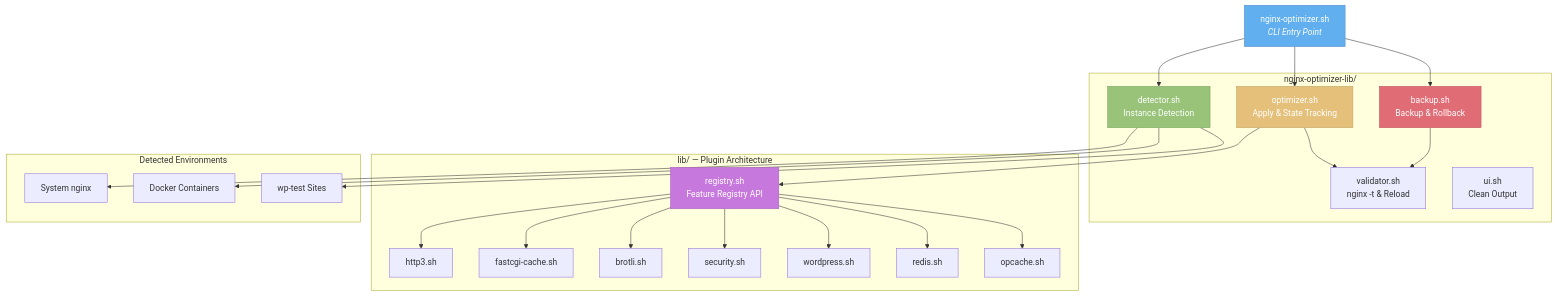
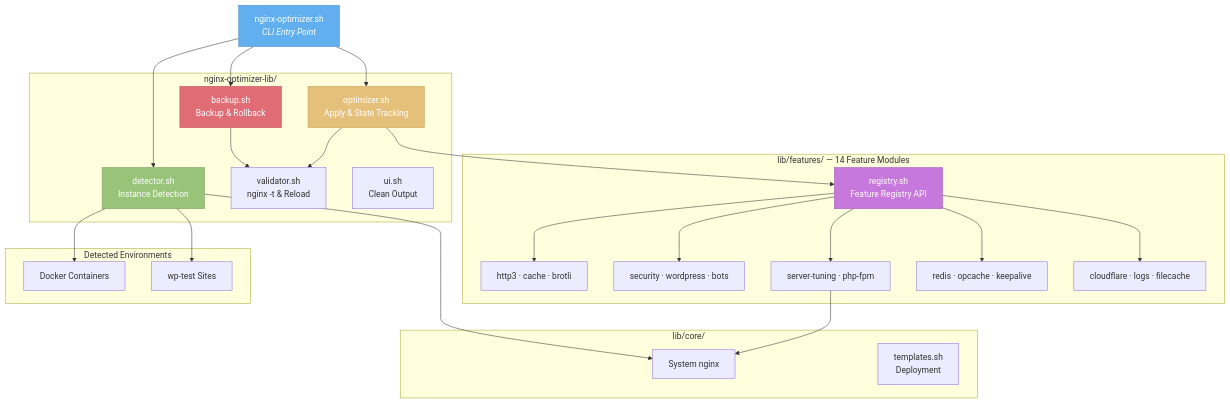
The first of 2 diagrams in README.md (MarcinDudekDev/nginx-optimizer), drawn with Mermaid before and after one commit. The commit also changed other lines of this file and 22 other files, not shown here.

````diff
--- a/README.md
+++ b/README.md
@@ -220,44 +281,48 @@
 ```mermaid
 graph TB
     CLI["nginx-optimizer.sh<br/><i>CLI Entry Point</i>"]
 
     subgraph Libraries ["nginx-optimizer-lib/"]
         DET["detector.sh<br/>Instance Detection"]
         OPT["optimizer.sh<br/>Apply & State Tracking"]
         BAK["backup.sh<br/>Backup & Rollback"]
         VAL["validator.sh<br/>nginx -t & Reload"]
         UI["ui.sh<br/>Clean Output"]
     end
 
-    subgraph Plugins ["lib/ — Plugin Architecture"]
+    subgraph Core ["lib/core/"]
+        SYS["sysinfo.sh<br/>RAM/CPU Detection"]
+        TPL["templates.sh<br/>Deployment"]
+    end
+
+    subgraph Plugins ["lib/features/ — 14 Feature Modules"]
         REG["registry.sh<br/>Feature Registry API"]
-        HTTP3["http3.sh"]
-        CACHE["fastcgi-cache.sh"]
-        BROTLI["brotli.sh"]
-        SEC["security.sh"]
-        WP["wordpress.sh"]
-        REDIS["redis.sh"]
-        OPC["opcache.sh"]
+        HTTP3["http3 · cache · brotli"]
+        SEC["security · wordpress · bots"]
+        TUNE["server-tuning · php-fpm"]
+        INFRA["redis · opcache · keepalive"]
+        EXTRA["cloudflare · logs · filecache"]
     end
 
     subgraph Targets ["Detected Environments"]
         SYS["System nginx"]
         DOCK["Docker Containers"]
         WPTEST["wp-test Sites"]
     end
 
     CLI --> DET
     CLI --> OPT
     CLI --> BAK
     OPT --> REG
-    REG --> HTTP3 & CACHE & BROTLI & SEC & WP & REDIS & OPC
+    REG --> HTTP3 & SEC & TUNE & INFRA & EXTRA
+    TUNE --> SYS
     DET --> SYS & DOCK & WPTEST
     OPT --> VAL
     BAK --> VAL
 
     style CLI fill:#61AFEF,stroke:#528CC7,color:#fff
     style REG fill:#C678DD,stroke:#A55FBB,color:#fff
     style DET fill:#98C379,stroke:#7BA35F,color:#fff
     style OPT fill:#E5C07B,stroke:#C4A35E,color:#fff
     style BAK fill:#E06C75,stroke:#C0535C,color:#fff
 ```
````
